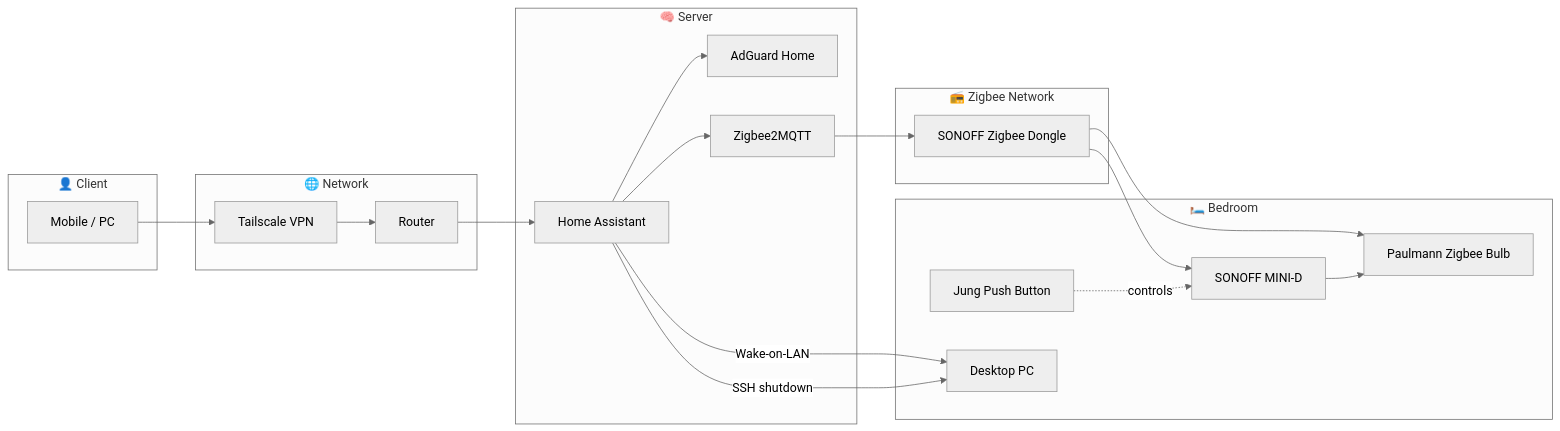
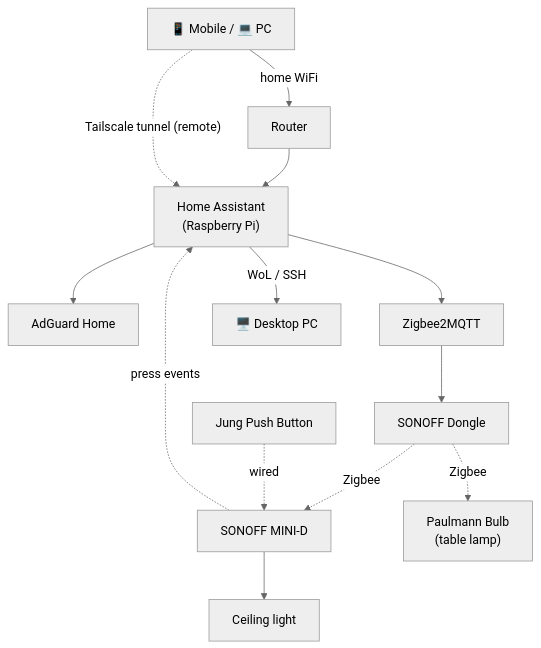
The diagram in README.md (DonMyuser/smart-home-lab), drawn with Mermaid (neutral theme) before and after one commit.

Commit message:
docs: fix topology diagram

````diff
--- a/README.md
+++ b/README.md
@@ -149,90 +149,16 @@
 ```mermaid
 
-flowchart LR
+graph TB
+    U["📱 Mobile / 💻 PC"] -->|"home WiFi"| R["Router"] --> HA["Home Assistant<br/>(Raspberry Pi)"]
+    U -.->|"Tailscale tunnel (remote)"| HA
+    HA --> AG["AdGuard Home"]
+    HA --> Z["Zigbee2MQTT"] --> D["SONOFF Dongle"]
+    D -. Zigbee .-> M["SONOFF MINI-D"]
+    D -. Zigbee .-> B["Paulmann Bulb<br/>(table lamp)"]
+    P["Jung Push Button"] -. wired .-> M
+    M --> C["Ceiling light"]
+    M -. "press events" .-> HA
+    HA -->|"WoL / SSH"| PC["🖥️ Desktop PC"]
 
 
-
-subgraph Client["👤 Client"]
-
-User["Mobile / PC"]
-
-end
-
-
-
-subgraph Network["🌐 Network"]
-
-VPN["Tailscale VPN"]
-
-Router["Router"]
-
-end
-
-
-
-subgraph Server["🧠 Server"]
-
-HA["Home Assistant"]
-
-AG["AdGuard Home"]
-
-Z2M["Zigbee2MQTT"]
-
-end
-
-
-
-subgraph Zigbee["📻 Zigbee Network"]
-
-Dongle["SONOFF Zigbee Dongle"]
-
-end
-
-
-
-subgraph Bedroom["🛏️ Bedroom"]
-
-Mini["SONOFF MINI-D"]
-
-Bulb["Paulmann Zigbee Bulb"]
-
-Switch["Jung Push Button"]
-
-PC["Desktop PC"]
-
-end
-
-
-User --> VPN
-
-VPN --> Router
-
-Router --> HA
-
-
-
-HA --> AG
-
-HA --> Z2M
-
-Z2M --> Dongle
-
-
-
-Dongle --> Mini
-
-Dongle --> Bulb
-
-
-
-Switch -. controls .-> Mini
-
-Mini --> Bulb
-
-
-
-HA -->|Wake-on-LAN| PC
-
-HA -->|SSH shutdown| PC
-
 ```
````
